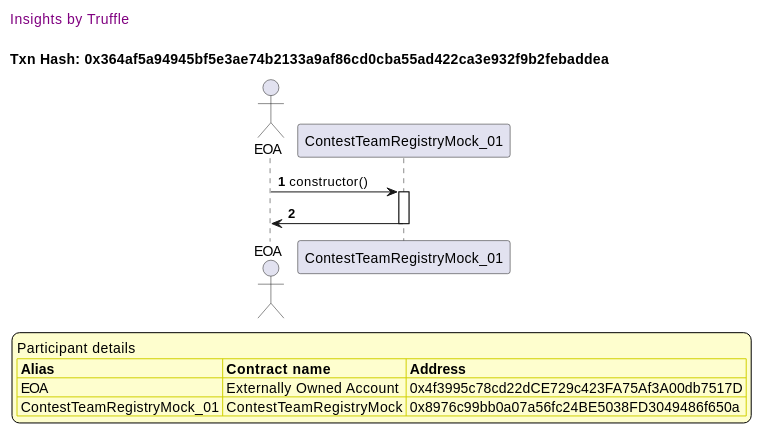
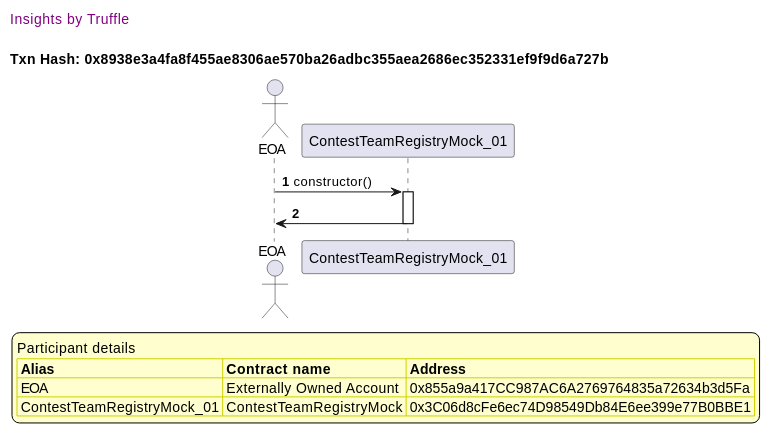
Diagram 16 of 50 in truffle-seq/core_contestteamregistry.md (fodisi/hackapay), drawn with PlantUML before and after one commit. The commit also changed other lines of this file and 10 other files, not shown here.

````diff
--- a/truffle-seq/core_contestteamregistry.md
+++ b/truffle-seq/core_contestteamregistry.md
@@ -750,37 +750,37 @@
 ```plantuml
 
 
 @startuml
 
 autonumber
 skinparam legendBackgroundColor #FEFECE
 
 <style>
       header {
         HorizontalAlignment left
         FontColor purple
         FontSize 14
         Padding 10
       }
     </style>
 
 header Insights by Truffle
 
-title Txn Hash: 0x364af5a94945bf5e3ae74b2133a9af86cd0cba55ad422ca3e932f9b2febaddea
+title Txn Hash: 0x8938e3a4fa8f455ae8306ae570ba26adbc355aea2686ec352331ef9f9d6a727b
 
 
 actor EOA as "EOA"
 participant ContestTeamRegistryMock_01 as "ContestTeamRegistryMock_01"
 
 "EOA" -> "ContestTeamRegistryMock_01" ++: constructor()
 "ContestTeamRegistryMock_01" -> "EOA" --: 
 
 legend
 Participant details
 <#FEFECE,#D0D000>|= Alias |= Contract name |= Address |
-<#FEFECE>| EOA | Externally Owned Account | 0x4f3995c78cd22dCE729c423FA75Af3A00db7517D |
-<#FEFECE>| ContestTeamRegistryMock_01 | ContestTeamRegistryMock | 0x8976c99bb0a07a56fc24BE5038FD3049486f650a |
+<#FEFECE>| EOA | Externally Owned Account | 0x855a9a417CC987AC6A2769764835a72634b3d5Fa |
+<#FEFECE>| ContestTeamRegistryMock_01 | ContestTeamRegistryMock | 0x3C06d8cFe6ec74D98549Db84E6ee399e77B0BBE1 |
 endlegend
 
 @enduml
 ```
````
